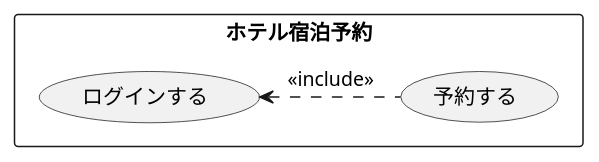
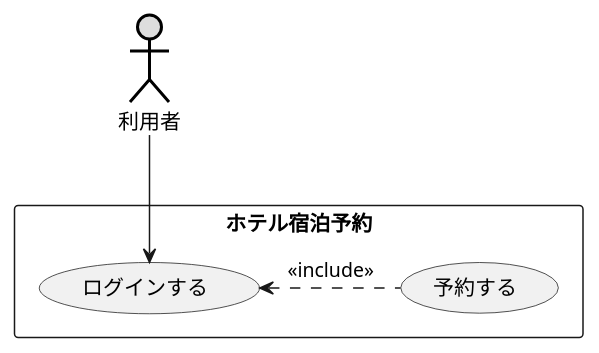
One commit to kazuki220/uml-introduction changed the diagram in 演習2-3_ホテル宿泊予約.pu. Above: the diagram before and after it, drawn with PlantUML.

Commit message:
演習2-3の修正

```diff
--- a/演習2-3_ホテル宿泊予約.pu
+++ b/演習2-3_ホテル宿泊予約.pu
@@ -1,7 +1,9 @@
 @startuml ユースケース図
+actor 利用者 #DDDDDD;line:black;line.bold;
 rectangle ホテル宿泊予約 {
 usecase 予約する
 usecase ログインする
 }
+利用者 --> ログインする
 ログインする <. 予約する : << include >>
 @enduml
```
